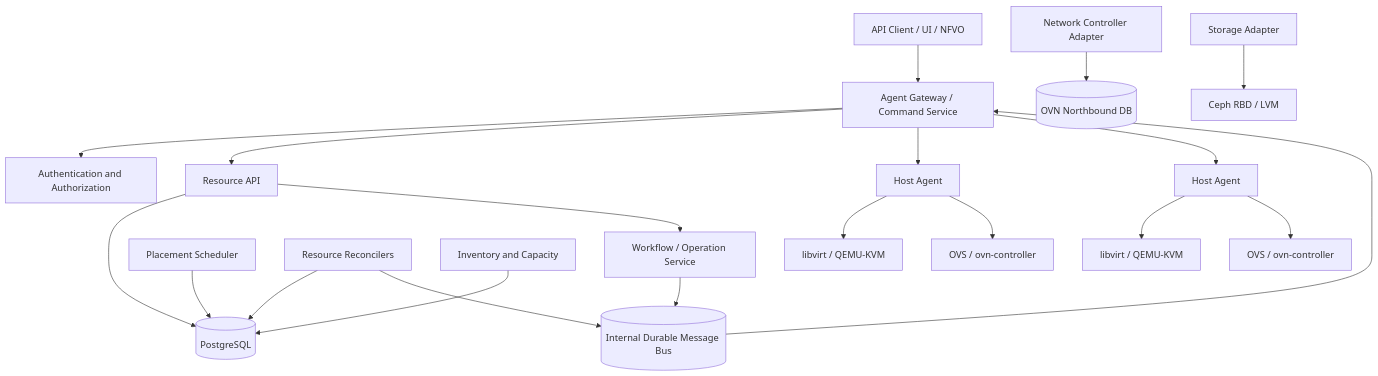
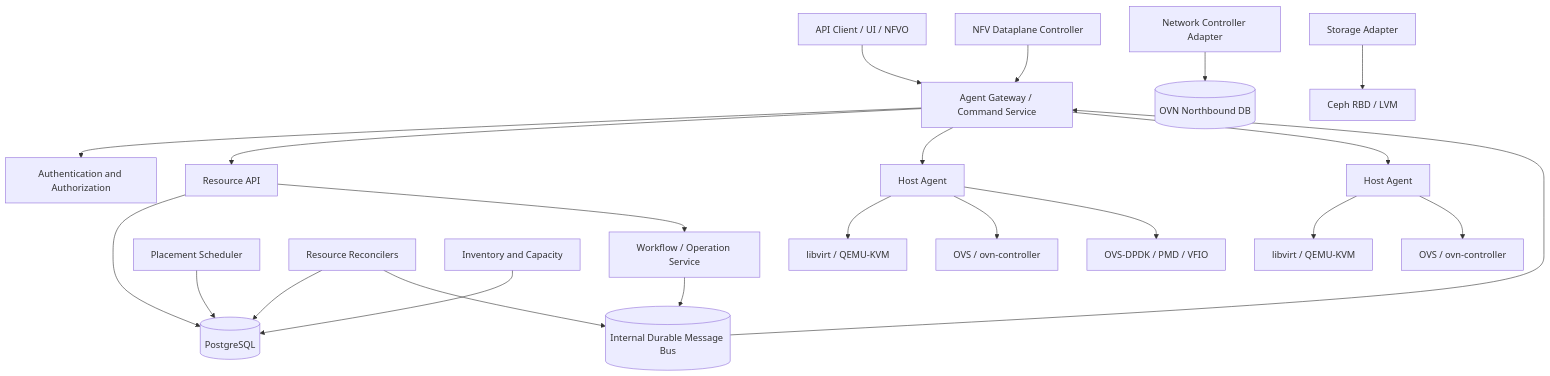
The second of 3 diagrams in docs/architecture.md (si32288564/kvm-infrastructure-manager), drawn with Mermaid before and after one commit. The commit also changed other lines of this file and 22 other files, not shown here.

Commit message:
docs: model ovs-dpdk dataplane resources

````diff
--- a/docs/architecture.md
+++ b/docs/architecture.md
@@ -40,22 +40,24 @@
 ```mermaid
 flowchart TB
     Client["API Client / UI / NFVO"] --> Gateway["API Gateway"]
     Gateway --> IAM["Authentication and Authorization"]
     Gateway --> API["Resource API"]
     API --> DB[("PostgreSQL")]
     API --> Workflow["Workflow / Operation Service"]
     Workflow --> Bus[("Internal Durable Message Bus")]
     Scheduler["Placement Scheduler"] --> DB
     Reconciler["Resource Reconcilers"] --> DB
     Reconciler --> Bus
     Inventory["Inventory and Capacity"] --> DB
     Bus --> Gateway["Agent Gateway / Command Service"]
     Gateway --> Agent1["Host Agent"]
     Gateway --> AgentN["Host Agent"]
     Agent1 --> Libvirt1["libvirt / QEMU-KVM"]
     AgentN --> LibvirtN["libvirt / QEMU-KVM"]
     Agent1 --> OVS1["OVS / ovn-controller"]
     AgentN --> OVSN["OVS / ovn-controller"]
     NetworkCtl["Network Controller Adapter"] --> OVNDB[("OVN Northbound DB")]
     StorageCtl["Storage Adapter"] --> RBD["Ceph RBD / LVM"]
+    DataplaneCtl["NFV Dataplane Controller"] --> Gateway
+    Agent1 --> DPDK1["OVS-DPDK / PMD / VFIO"]
 ```
````
